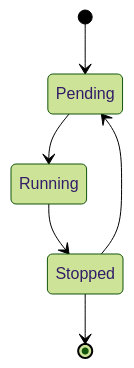
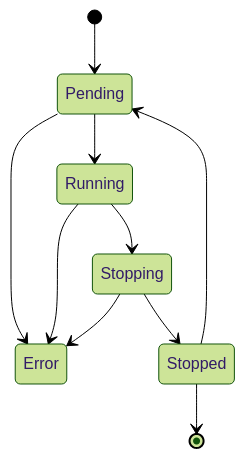
The second of 2 diagrams in README.md (HaoYang670/rucat), drawn with Mermaid (forest theme) before and after one commit. The commit also changed other lines of this file and 1 other file, not shown here.

````diff
--- a/README.md
+++ b/README.md
@@ -21,8 +21,12 @@
 ```mermaid
 stateDiagram
     [*] --> Pending
+    Pending --> Error
     Pending --> Running
-    Running --> Stopped
+    Running --> Error
+    Running --> Stopping
+    Stopping --> Error
+    Stopping --> Stopped
     Stopped --> Pending
     Stopped --> [*]
 ```
````
